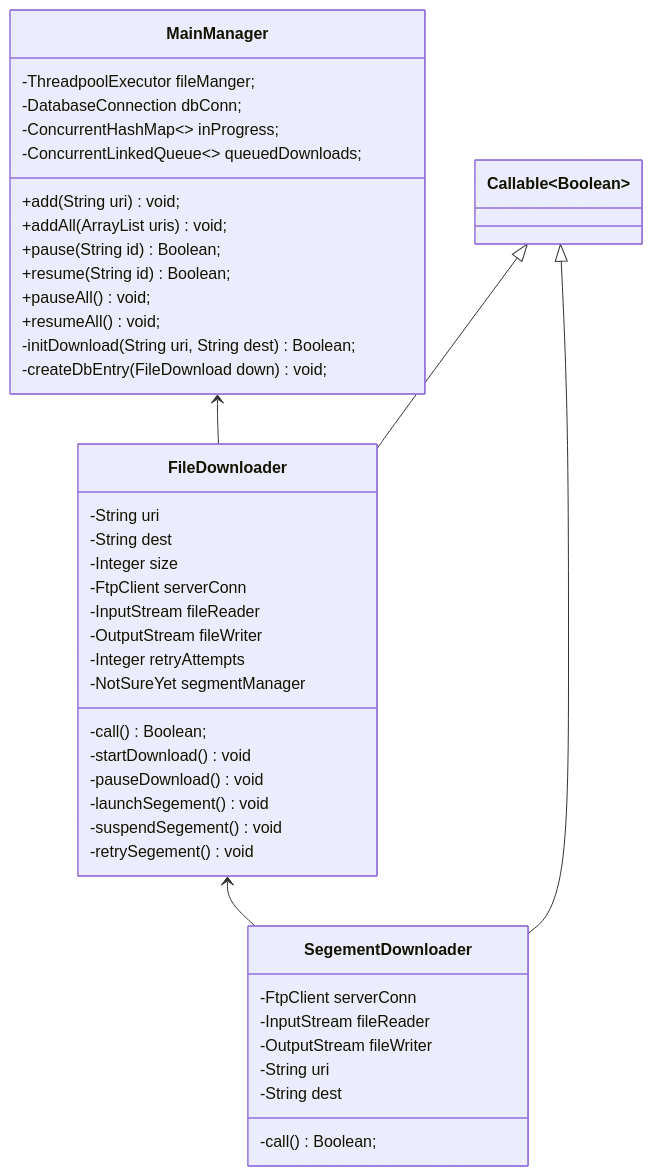
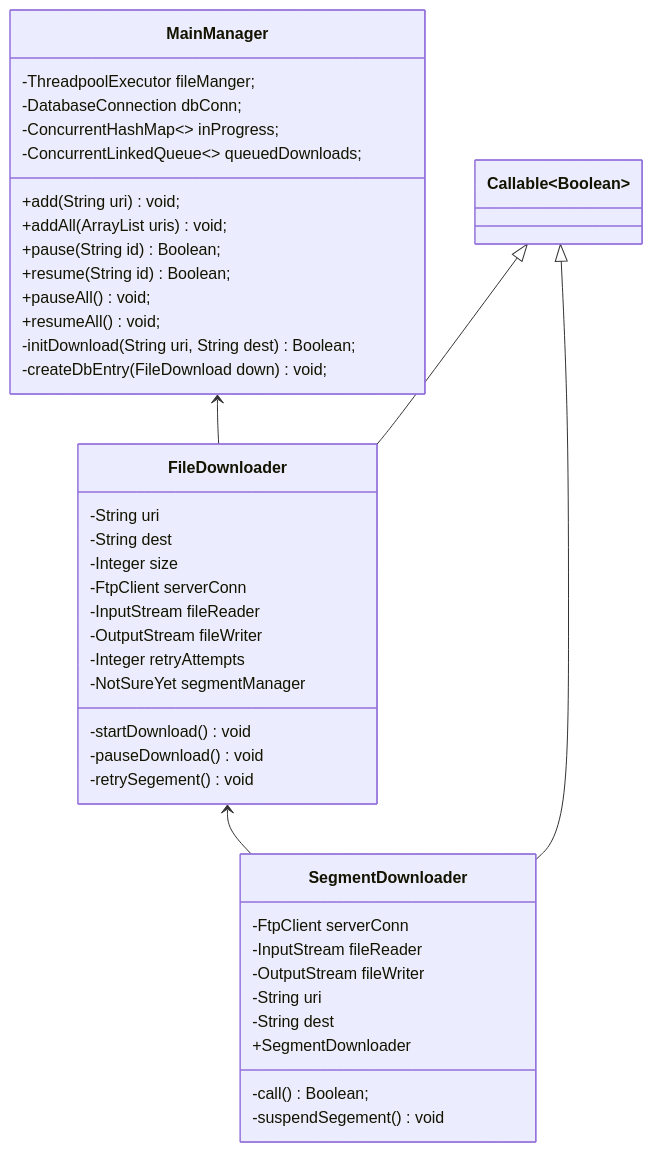
Before and after one commit to BasselMalek/CS471PC: the diagram in README.md, drawn with Mermaid. The commit also changed other lines of this file, not shown here.

````diff
--- a/README.md
+++ b/README.md
@@ -5,51 +5,50 @@
 ```mermaid
 classDiagram
 class MainManager{
 -ThreadpoolExecutor fileManger;
 -DatabaseConnection dbConn;
 -ConcurrentHashMap<> inProgress;
 -ConcurrentLinkedQueue<> queuedDownloads;
 
 +add(String uri) void;
 +addAll(ArrayList<String> uris) void;
 +pause(String id) Boolean;
 +resume(String id) Boolean;
 +pauseAll() void;
 +resumeAll() void;
 
 -initDownload(String uri, String dest) Boolean;
 -createDbEntry(FileDownload down) void;
 }
 MainManager <-- FileDownloader
 Callable~Boolean~ <|-- FileDownloader
 class FileDownloader{
 -String uri
 -String dest
 -Integer size 
 -FtpClient serverConn 
 -InputStream fileReader
 -OutputStream fileWriter
 -Integer retryAttempts
 -NotSureYet segmentManager
 
--call() Boolean;
 
 -startDownload() void
 -pauseDownload() void
--launchSegement() void
--suspendSegement() void
 -retrySegement() void
 }
 
-FileDownloader <-- SegementDownloader
-Callable~Boolean~ <|-- SegementDownloader
-class SegementDownloader{
+FileDownloader <-- SegmentDownloader
+Callable~Boolean~ <|-- SegmentDownloader
+class SegmentDownloader{
 -FtpClient serverConn 
 -InputStream fileReader
 -OutputStream fileWriter
 -String uri
 -String dest
 
++SegmentDownloader
 -call() Boolean;
+-suspendSegement() void
 }
 ```
````
